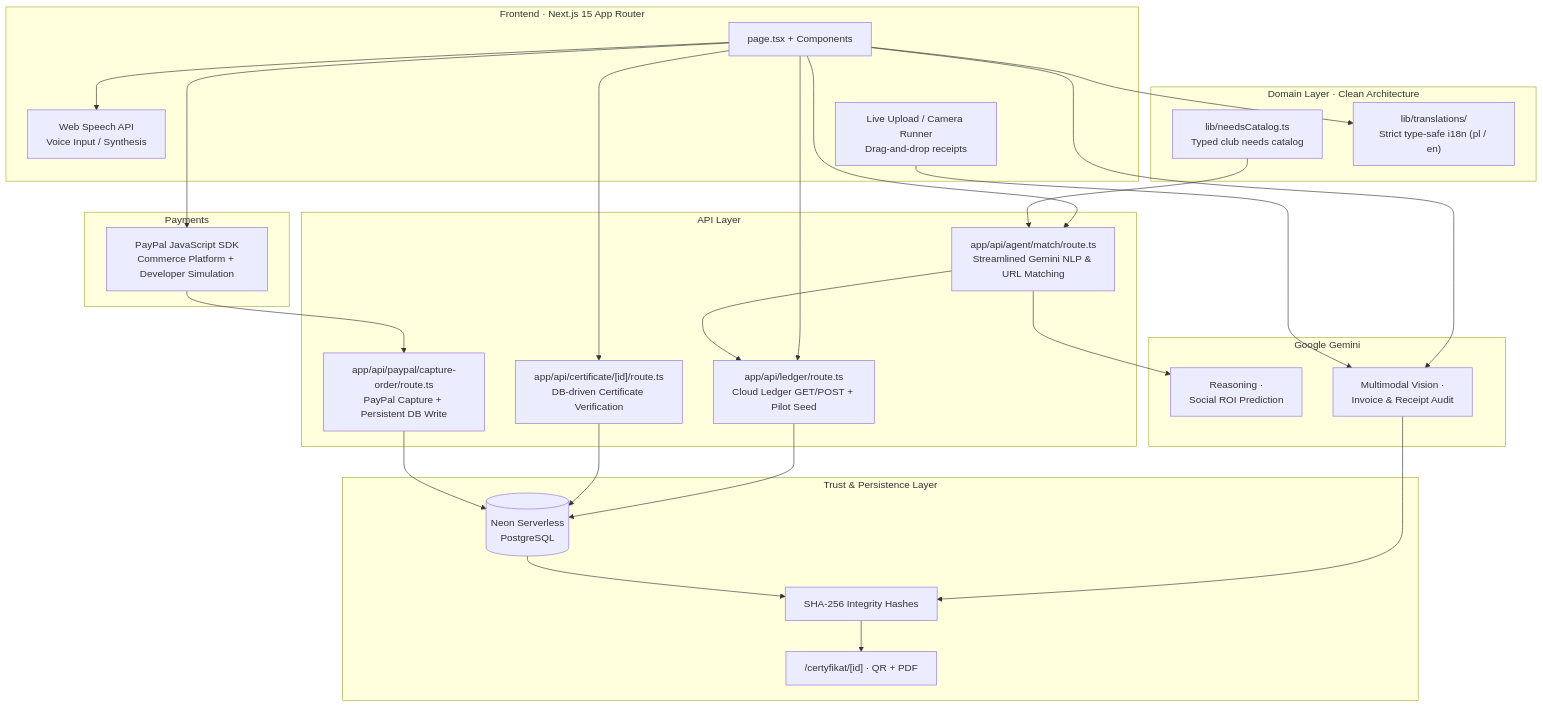
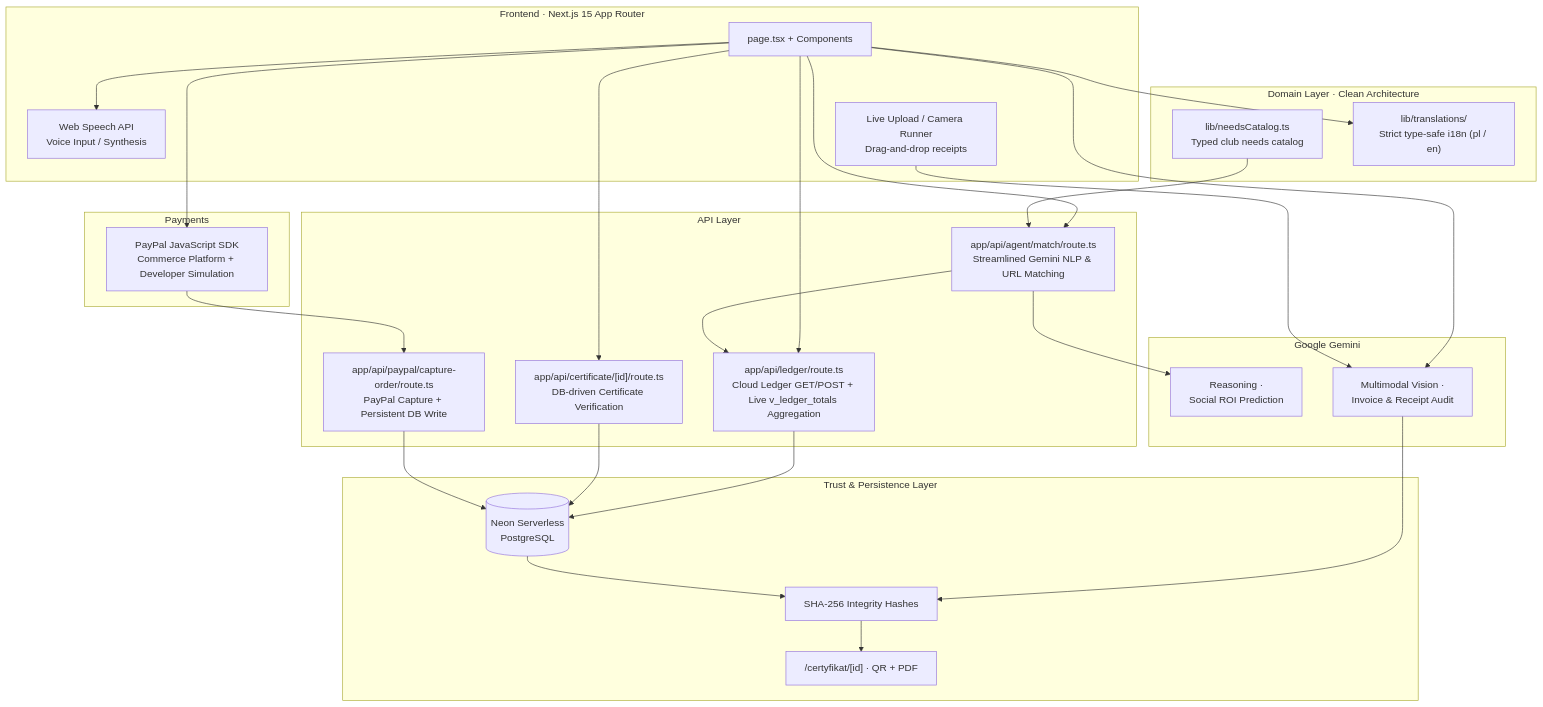
One commit to AdamBabinicz/patronat changed the third of 4 diagrams in README.md. Above: the diagram before and after it, drawn with Mermaid. The commit also changed other lines of this file, not shown here.

First line of the commit message:
feat(ledger): implement zero-hardcoded DB audit pipeline & canonical bilingual SHA-256 localization

````diff
--- a/README.md
+++ b/README.md
@@ -102,48 +102,48 @@
 ```mermaid
 flowchart TB
     subgraph FE["Frontend · Next.js 15 App Router"]
         UI["page.tsx + Components"]
         VOICE["Web Speech API<br/>Voice Input / Synthesis"]
         CAM["Live Upload / Camera Runner<br/>Drag-and-drop receipts"]
     end
     subgraph DOMAIN["Domain Layer · Clean Architecture"]
         CATALOG["lib/needsCatalog.ts<br/>Typed club needs catalog"]
         I18N["lib/translations/<br/>Strict type-safe i18n (pl / en)"]
     end
     subgraph API["API Layer"]
         MATCH["app/api/agent/match/route.ts<br/>Streamlined Gemini NLP & URL Matching"]
-        LEDGERAPI["app/api/ledger/route.ts<br/>Cloud Ledger GET/POST + Pilot Seed"]
+        LEDGERAPI["app/api/ledger/route.ts<br/>Cloud Ledger GET/POST + Live v_ledger_totals Aggregation"]
         CERTAPI["app/api/certificate/[id]/route.ts<br/>DB-driven Certificate Verification"]
         CAPTURE["app/api/paypal/capture-order/route.ts<br/>PayPal Capture + Persistent DB Write"]
     end
     subgraph GEM["Google Gemini"]
         NLP["Reasoning ·<br/>Social ROI Prediction"]
         VISION["Multimodal Vision ·<br/>Invoice & Receipt Audit"]
     end
     subgraph PAY["Payments"]
         PP["PayPal JavaScript SDK<br/>Commerce Platform + Developer Simulation"]
     end
     subgraph LEDGER["Trust & Persistence Layer"]
         DB[("Neon Serverless<br/>PostgreSQL")]
         HASH["SHA-256 Integrity Hashes"]
         CERT["/certyfikat/[id] · QR + PDF"]
     end
     UI --> MATCH
     MATCH --> NLP
     CATALOG --> MATCH
     UI --> VISION
     CAM --> VISION
     UI --> PP
     UI --> VOICE
     UI --> LEDGERAPI
     UI --> CERTAPI
     MATCH --> LEDGERAPI
     PP --> CAPTURE
     VISION --> HASH
     LEDGERAPI --> DB
     CERTAPI --> DB
     CAPTURE --> DB
     DB --> HASH
     HASH --> CERT
     UI --> I18N
 ```
````
